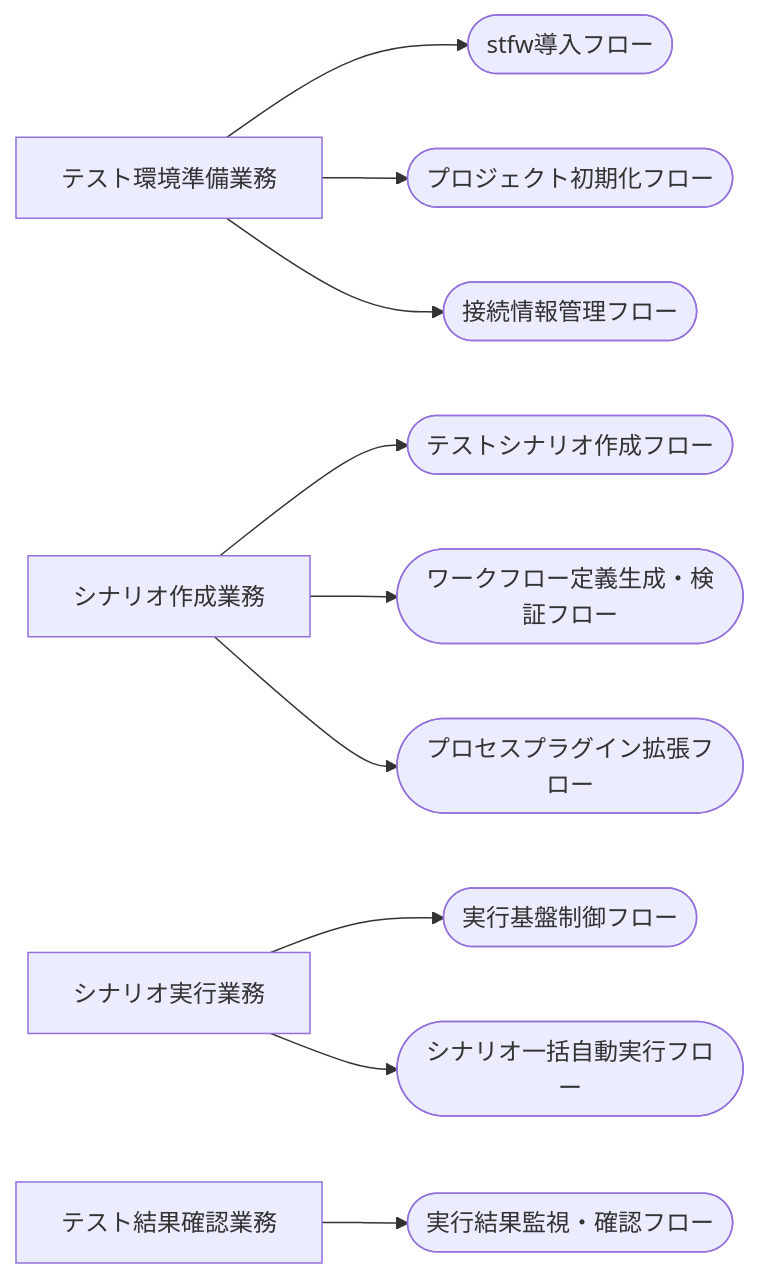
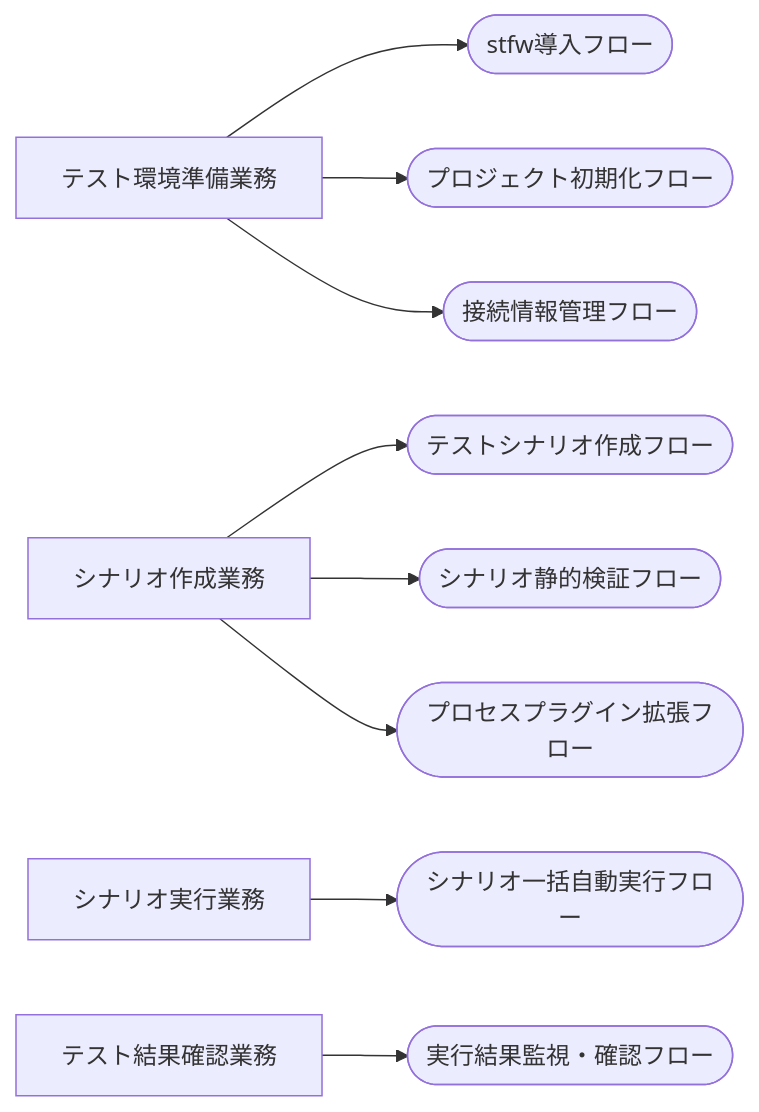
The diagram in docs/rdra/latest/views/02_業務構成.md (scenario-test-framework/stfw), drawn with Mermaid before and after one commit. The commit also changed other lines of this file and 22 other files, not shown here.

First line of the commit message:
docs(requirements): v1.0 リアーキテクティングを USDM/RDRA に反映 (event: 20260708_084933_v1_rearchitecting)

````diff
--- a/docs/rdra/latest/views/02_業務構成.md
+++ b/docs/rdra/latest/views/02_業務構成.md
@@ -7,25 +7,23 @@
 ```mermaid
 graph LR
   GY1["テスト環境準備業務"]
   BC1(["stfw導入フロー"])
   BC2(["プロジェクト初期化フロー"])
   BC3(["接続情報管理フロー"])
   GY2["シナリオ作成業務"]
   BC4(["テストシナリオ作成フロー"])
-  BC5(["ワークフロー定義生成・検証フロー"])
+  BC5(["シナリオ静的検証フロー"])
   BC6(["プロセスプラグイン拡張フロー"])
   GY3["シナリオ実行業務"]
-  BC7(["実行基盤制御フロー"])
-  BC8(["シナリオ一括自動実行フロー"])
+  BC7(["シナリオ一括自動実行フロー"])
   GY4["テスト結果確認業務"]
-  BC9(["実行結果監視・確認フロー"])
+  BC8(["実行結果監視・確認フロー"])
   GY1 --> BC1
   GY1 --> BC2
   GY1 --> BC3
   GY2 --> BC4
   GY2 --> BC5
   GY2 --> BC6
   GY3 --> BC7
-  GY3 --> BC8
-  GY4 --> BC9
+  GY4 --> BC8
 ```
````
